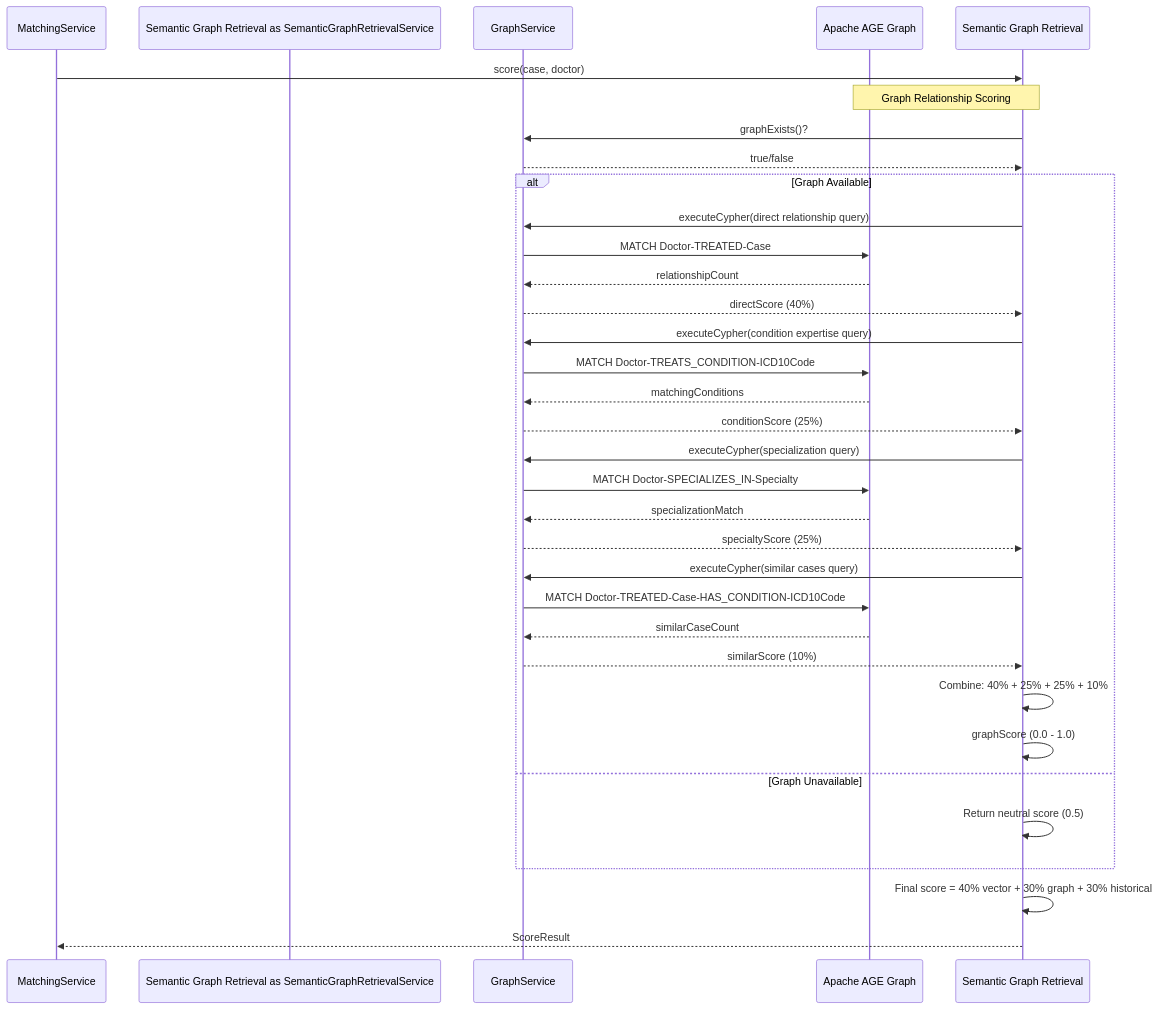
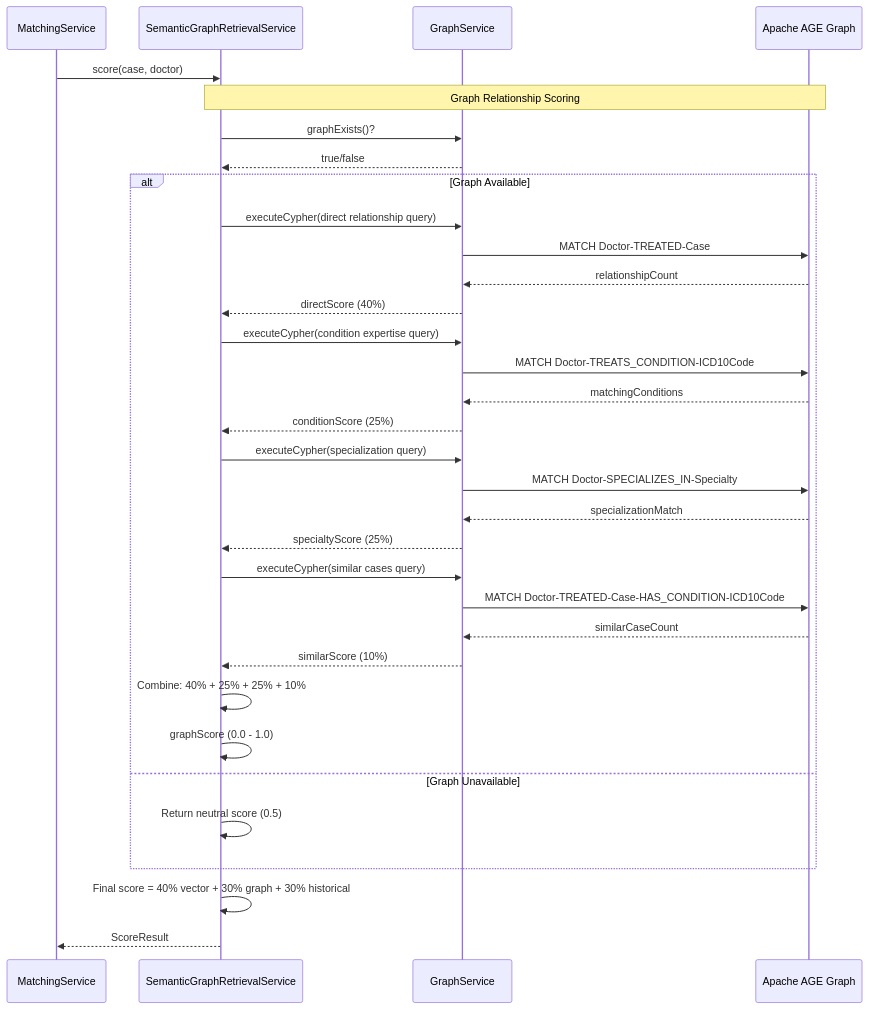
The third of 4 diagrams in docs/APACHE_AGE_GRAPH_ANALYSIS.md (alekGbuz/med-expert-match-ce), drawn with Mermaid before and after one commit. The commit also changed other lines of this file and 18 other files, not shown here.

````diff
--- a/docs/APACHE_AGE_GRAPH_ANALYSIS.md
+++ b/docs/APACHE_AGE_GRAPH_ANALYSIS.md
@@ -253,43 +253,43 @@
 ```mermaid
 sequenceDiagram
     participant Matching as MatchingService
-    participant Semantic Graph Retrieval as SemanticGraphRetrievalService
+    participant SGR as SemanticGraphRetrievalService
     participant Graph as GraphService
     participant AGE as Apache AGE Graph
     
-    Matching->>Semantic Graph Retrieval: score(case, doctor)
+    Matching->>SGR: score(case, doctor)
     
-    Note over Semantic Graph Retrieval,AGE: Graph Relationship Scoring
-    Semantic Graph Retrieval->>Graph: graphExists()?
-    Graph-->>Semantic Graph Retrieval: true/false
+    Note over SGR,AGE: Graph Relationship Scoring
+    SGR->>Graph: graphExists()?
+    Graph-->>SGR: true/false
     
     alt Graph Available
-        Semantic Graph Retrieval->>Graph: executeCypher(direct relationship query)
+        SGR->>Graph: executeCypher(direct relationship query)
         Graph->>AGE: MATCH Doctor-TREATED-Case
         AGE-->>Graph: relationshipCount
-        Graph-->>Semantic Graph Retrieval: directScore (40%)
+        Graph-->>SGR: directScore (40%)
         
-        Semantic Graph Retrieval->>Graph: executeCypher(condition expertise query)
+        SGR->>Graph: executeCypher(condition expertise query)
         Graph->>AGE: MATCH Doctor-TREATS_CONDITION-ICD10Code
         AGE-->>Graph: matchingConditions
-        Graph-->>Semantic Graph Retrieval: conditionScore (25%)
+        Graph-->>SGR: conditionScore (25%)
         
-        Semantic Graph Retrieval->>Graph: executeCypher(specialization query)
+        SGR->>Graph: executeCypher(specialization query)
         Graph->>AGE: MATCH Doctor-SPECIALIZES_IN-Specialty
         AGE-->>Graph: specializationMatch
-        Graph-->>Semantic Graph Retrieval: specialtyScore (25%)
+        Graph-->>SGR: specialtyScore (25%)
         
-        Semantic Graph Retrieval->>Graph: executeCypher(similar cases query)
+        SGR->>Graph: executeCypher(similar cases query)
         Graph->>AGE: MATCH Doctor-TREATED-Case-HAS_CONDITION-ICD10Code
         AGE-->>Graph: similarCaseCount
-        Graph-->>Semantic Graph Retrieval: similarScore (10%)
+        Graph-->>SGR: similarScore (10%)
         
-        Semantic Graph Retrieval->>Semantic Graph Retrieval: Combine: 40% + 25% + 25% + 10%
-        Semantic Graph Retrieval->>Semantic Graph Retrieval: graphScore (0.0 - 1.0)
+        SGR->>SGR: Combine: 40% + 25% + 25% + 10%
+        SGR->>SGR: graphScore (0.0 - 1.0)
     else Graph Unavailable
-        Semantic Graph Retrieval->>Semantic Graph Retrieval: Return neutral score (0.5)
+        SGR->>SGR: Return neutral score (0.5)
     end
     
-    Semantic Graph Retrieval->>Semantic Graph Retrieval: Final score = 40% vector + 30% graph + 30% historical
-    Semantic Graph Retrieval-->>Matching: ScoreResult
+    SGR->>SGR: Final score = 40% vector + 30% graph + 30% historical
+    SGR-->>Matching: ScoreResult
 ```
````
